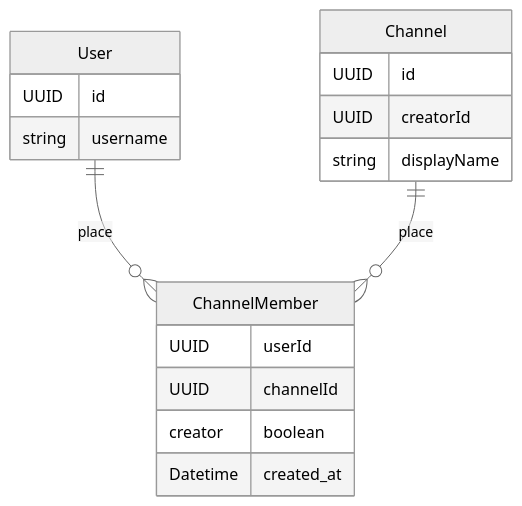
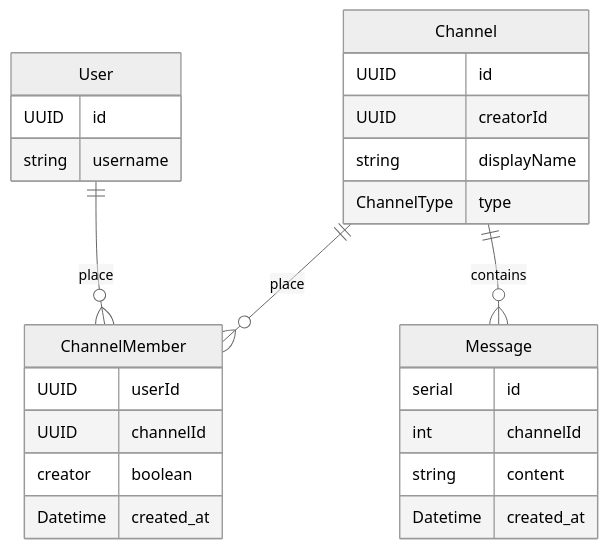
The third of 3 diagrams in server/design.md (at-syot/fbmsg_clone), drawn with Mermaid (neutral theme) before and after one commit. The commit also changed 4 other files, not shown here.

````diff
--- a/server/design.md
+++ b/server/design.md
@@ -65,21 +65,30 @@
 ```mermaid
 erDiagram
     User ||--o{ ChannelMember : place
     Channel ||--o{ ChannelMember : place
+    Channel ||--o{ Message : contains
     
     User {
         UUID id
         string username 
     }
     Channel {   
         UUID id
         UUID creatorId
         string displayName 
+        ChannelType type
     }
     ChannelMember {
         UUID userId
         UUID channelId
         creator boolean
         Datetime created_at
     }
+    
+    Message {
+        serial id
+        int channelId
+        string content
+        Datetime created_at 
+    } 
 ```
````
